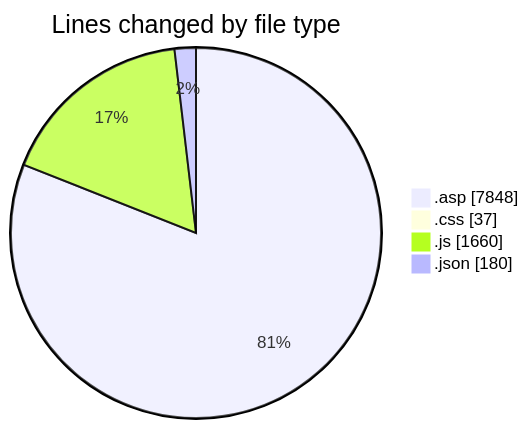
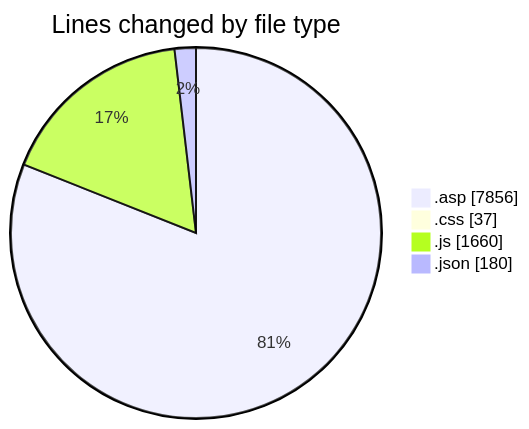
Before and after one commit to julien-gomy/code-tracking: the first of 2 diagrams in 2025-11-02/cdp_aleoudev_fr__workspace_/README.md, drawn with Mermaid. The commit also changed other lines of this file and 1 other file, not shown here.

````diff
--- a/2025-11-02/cdp_aleoudev_fr__workspace_/README.md
+++ b/2025-11-02/cdp_aleoudev_fr__workspace_/README.md
@@ -28,8 +28,8 @@
 ```mermaid
 pie showData
 title Lines changed by file type
-".asp" : 7848
+".asp" : 7856
 ".css" : 37
 ".js" : 1660
 ".json" : 180
 ```
````
